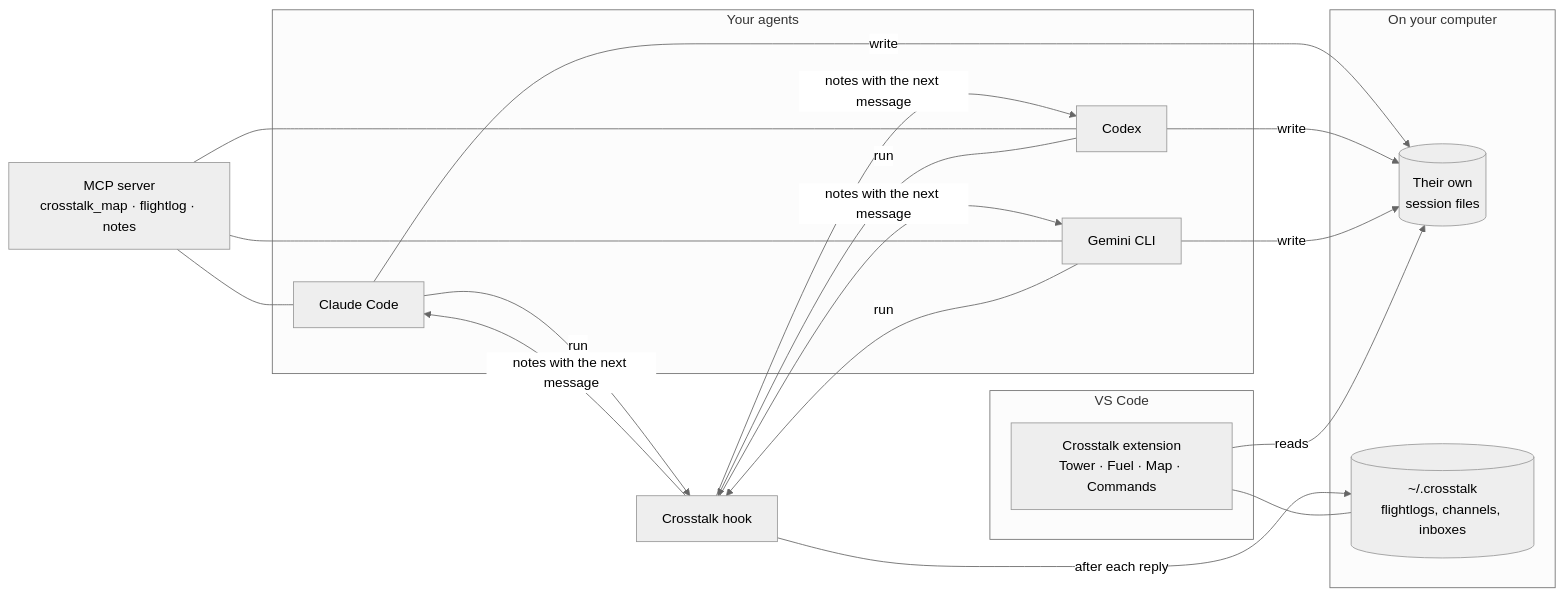
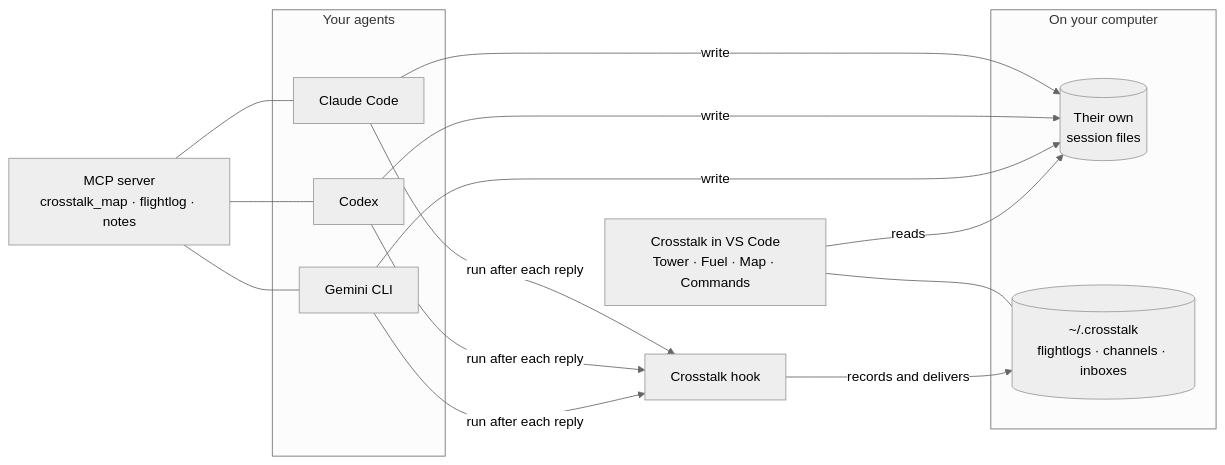
The first of 2 diagrams in README.md (HarshBaldaniya/crosstalk), drawn with Mermaid (neutral theme) before and after one commit. The commit also changed other lines of this file and 7 other files, not shown here.

````diff
--- a/README.md
+++ b/README.md
@@ -56,22 +109,21 @@
 ```mermaid
 flowchart LR
   subgraph agents [Your agents]
     CC[Claude Code]
     CX[Codex]
     GM[Gemini CLI]
   end
-  subgraph files [On your computer]
+  subgraph disk [On your computer]
     S[(Their own<br/>session files)]
-    X[(~/.crosstalk<br/>flightlogs, channels, inboxes)]
+    X[(~/.crosstalk<br/>flightlogs · channels · inboxes)]
   end
-  subgraph vscode [VS Code]
-    E[Crosstalk extension<br/>Tower · Fuel · Map · Commands]
-  end
+  E[Crosstalk in VS Code<br/>Tower · Fuel · Map · Commands]
+  H[Crosstalk hook]
+  M[MCP server<br/>crosstalk_map · flightlog · notes]
   CC & CX & GM -- write --> S
   E -- reads --> S
-  H[Crosstalk hook] -- after each reply --> X
-  CC & CX & GM -- run --> H
-  H -- notes with the next message --> CC & CX & GM
-  M[MCP server<br/>crosstalk_map · flightlog · notes] --- CC & CX & GM
   E --- X
+  CC & CX & GM -- run after each reply --> H
+  H -- records and delivers --> X
+  M --- CC & CX & GM
 ```
````
